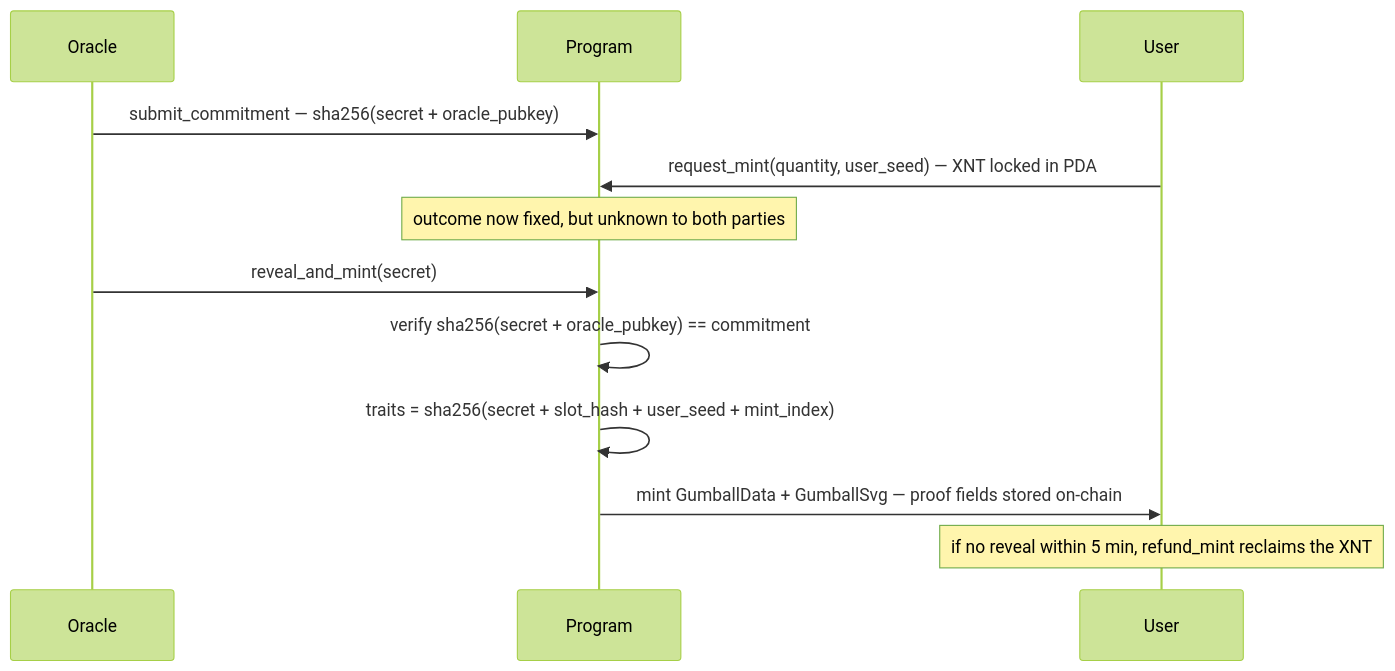
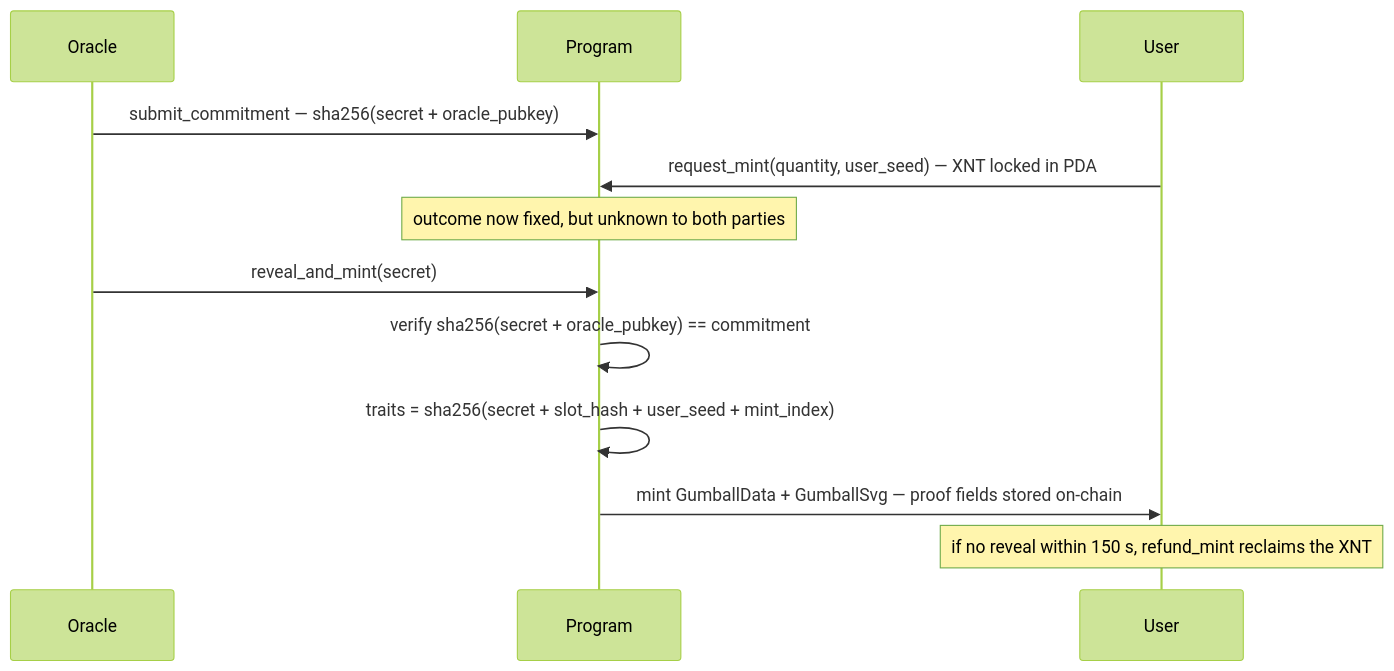
Before and after one commit to Lokoweb3/gumball_nft: the first of 2 diagrams in README.md, drawn with Mermaid (forest theme). The commit also changed other lines of this file and 12 other files, not shown here.

````diff
--- a/README.md
+++ b/README.md
@@ -64,14 +64,14 @@
 ```mermaid
 sequenceDiagram
     participant O as Oracle
     participant P as Program
     participant U as User
     O->>P: submit_commitment — sha256(secret + oracle_pubkey)
     U->>P: request_mint(quantity, user_seed) — XNT locked in PDA
     Note over P: outcome now fixed, but unknown to both parties
     O->>P: reveal_and_mint(secret)
     P->>P: verify sha256(secret + oracle_pubkey) == commitment
     P->>P: traits = sha256(secret + slot_hash + user_seed + mint_index)
     P->>U: mint GumballData + GumballSvg — proof fields stored on-chain
-    Note over U: if no reveal within 5 min, refund_mint reclaims the XNT
+    Note over U: if no reveal within 150 s, refund_mint reclaims the XNT
 ```
````
